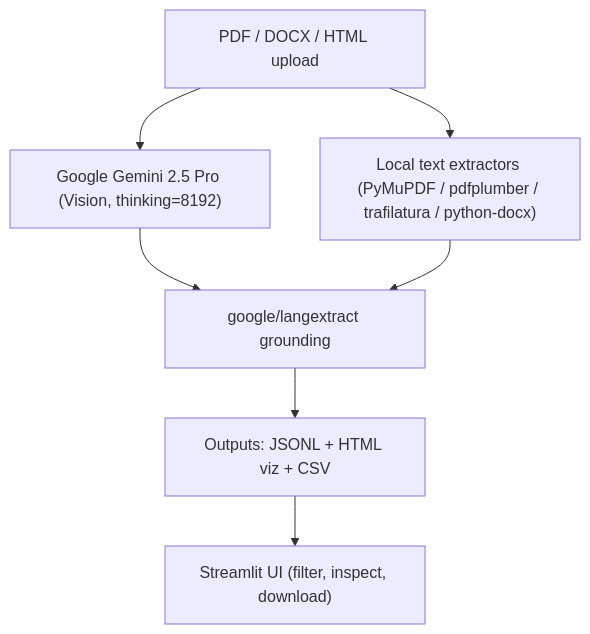
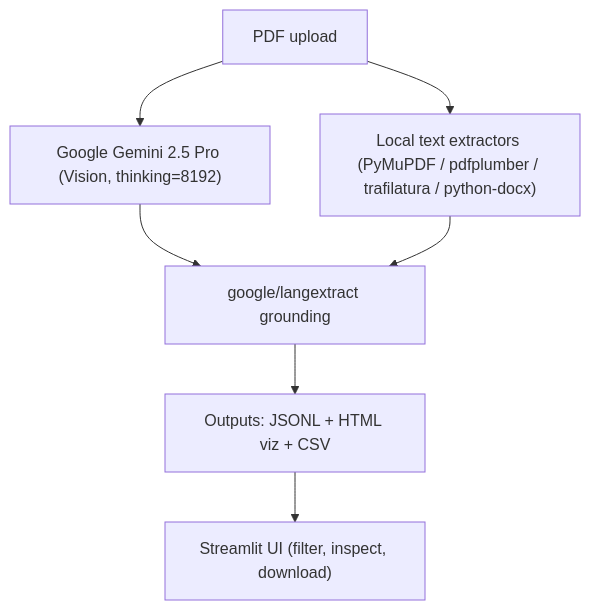
One commit to lesteroliver911/gemini-vision-langextract-streamlit changed the diagram in README.md. Above: the diagram before and after it, drawn with Mermaid.

````diff
--- a/README.md
+++ b/README.md
@@ -3,9 +3,9 @@
 ```mermaid
 flowchart TD
-  A["PDF / DOCX / HTML upload"] --> B["Google Gemini 2.5 Pro (Vision, thinking=8192)"]
+  A["PDF upload"] --> B["Google Gemini 2.5 Pro (Vision, thinking=8192)"]
   A --> C["Local text extractors (PyMuPDF / pdfplumber / trafilatura / python-docx)"]
   B --> D["google/langextract grounding"]
   C --> D
   D --> E["Outputs: JSONL + HTML viz + CSV"]
   E --> F["Streamlit UI (filter, inspect, download)"]
 ```
````
